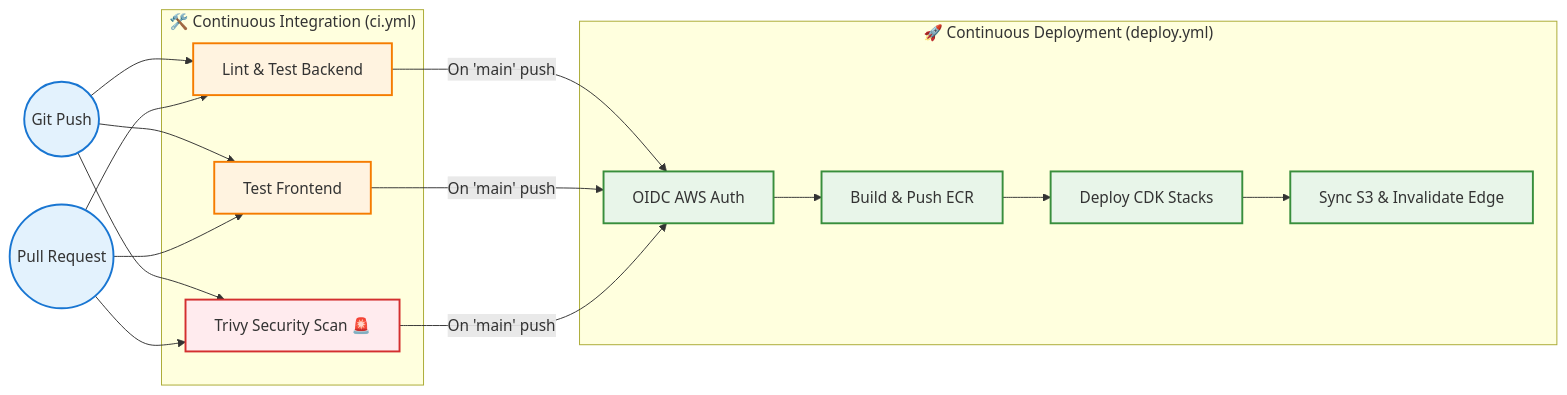
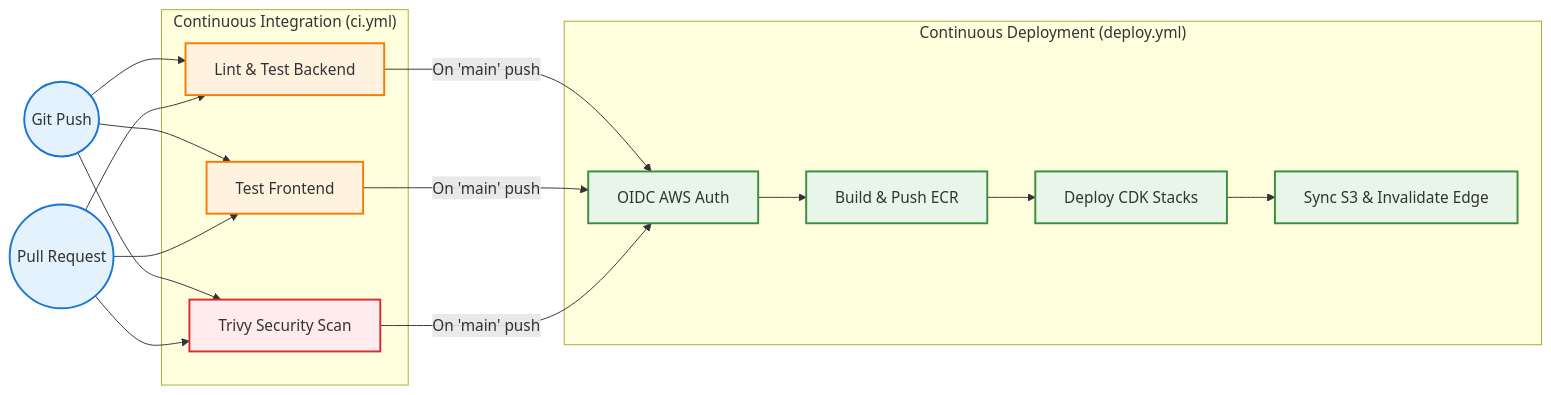
The diagram in docs/CICD.md (arpittkhandelwal/insurance-insight-nexus), drawn with Mermaid before and after one commit. The commit also changed other lines of this file and 5 other files, not shown here.

````diff
--- a/docs/CICD.md
+++ b/docs/CICD.md
@@ -13,32 +13,32 @@
 ```mermaid
 graph LR
     %% Styles
     classDef trigger fill:#E3F2FD,stroke:#1976D2,stroke-width:2px;
     classDef ci fill:#FFF3E0,stroke:#F57C00,stroke-width:2px;
     classDef cd fill:#E8F5E9,stroke:#388E3C,stroke-width:2px;
     classDef alert fill:#FFEBEE,stroke:#D32F2F,stroke-width:2px;
 
     %% Nodes
     Push((Git Push)):::trigger
     PR((Pull Request)):::trigger
     
-    subgraph "🛠️ Continuous Integration (ci.yml)"
+    subgraph "Continuous Integration (ci.yml)"
         Lint[Lint & Test Backend]:::ci
         Test[Test Frontend]:::ci
-        Scan[Trivy Security Scan 🚨]:::alert
+        Scan[Trivy Security Scan]:::alert
     end
     
-    subgraph "🚀 Continuous Deployment (deploy.yml)"
+    subgraph "Continuous Deployment (deploy.yml)"
         OIDC[OIDC AWS Auth]:::cd
         Docker[Build & Push ECR]:::cd
         CDK[Deploy CDK Stacks]:::cd
         S3[Sync S3 & Invalidate Edge]:::cd
     end
 
     %% Flow
     Push --> Lint & Test & Scan
     PR --> Lint & Test & Scan
     
     Lint & Test & Scan -->|On 'main' push| OIDC
     OIDC --> Docker --> CDK --> S3
 ```
````
